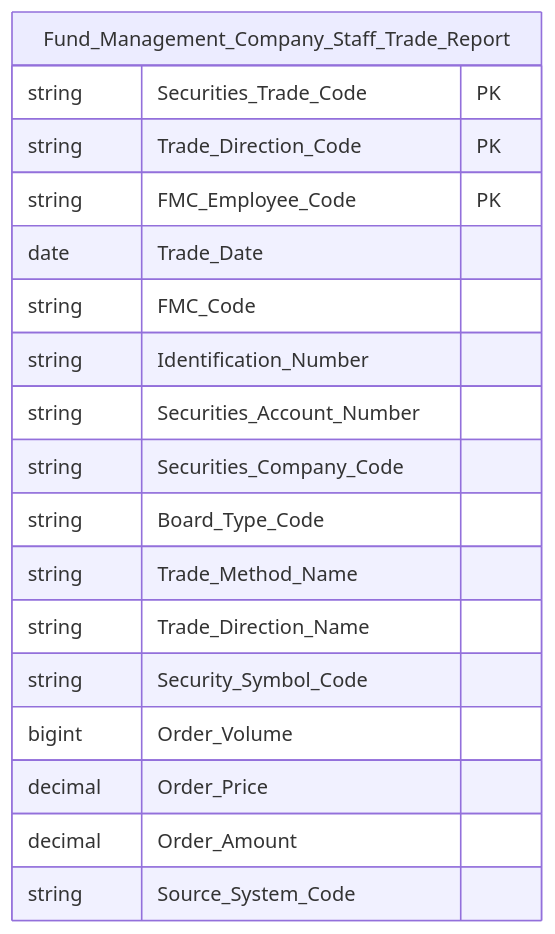
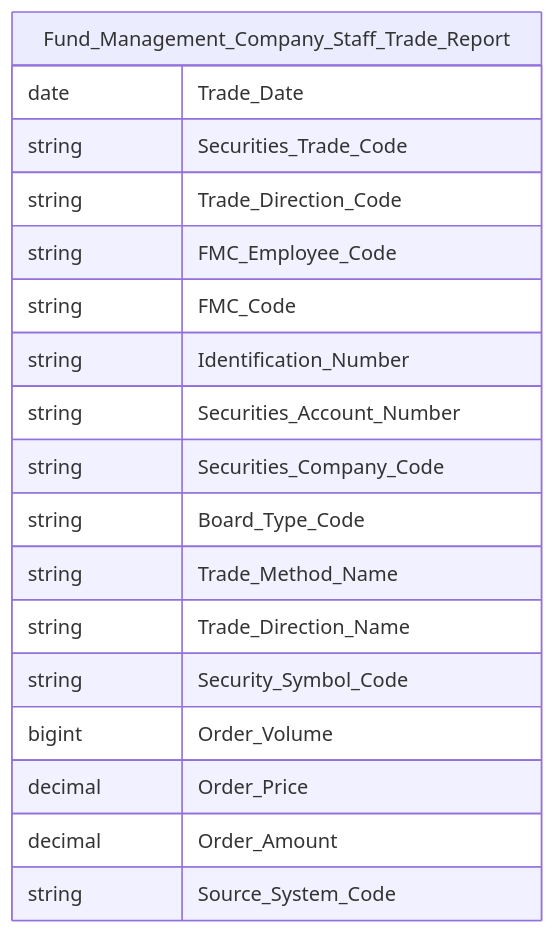
Diagram 11 of 12 in Datamart/hld/DTM_QLQ_Entities.md (linhlvit/ubck_atomic_design), drawn with Mermaid before and after one commit. The commit also changed other lines of this file and 10 other files, not shown here.

````diff
--- a/Datamart/hld/DTM_QLQ_Entities.md
+++ b/Datamart/hld/DTM_QLQ_Entities.md
@@ -268,21 +268,21 @@
 ```mermaid
 erDiagram
     Fund_Management_Company_Staff_Trade_Report {
-        string Securities_Trade_Code PK
-        string Trade_Direction_Code PK
-        string FMC_Employee_Code PK
         date Trade_Date
+        string Securities_Trade_Code
+        string Trade_Direction_Code
+        string FMC_Employee_Code
         string FMC_Code
         string Identification_Number
         string Securities_Account_Number
         string Securities_Company_Code
         string Board_Type_Code
         string Trade_Method_Name
         string Trade_Direction_Name
         string Security_Symbol_Code
         bigint Order_Volume
         decimal Order_Price
         decimal Order_Amount
         string Source_System_Code
     }
 ```
````
